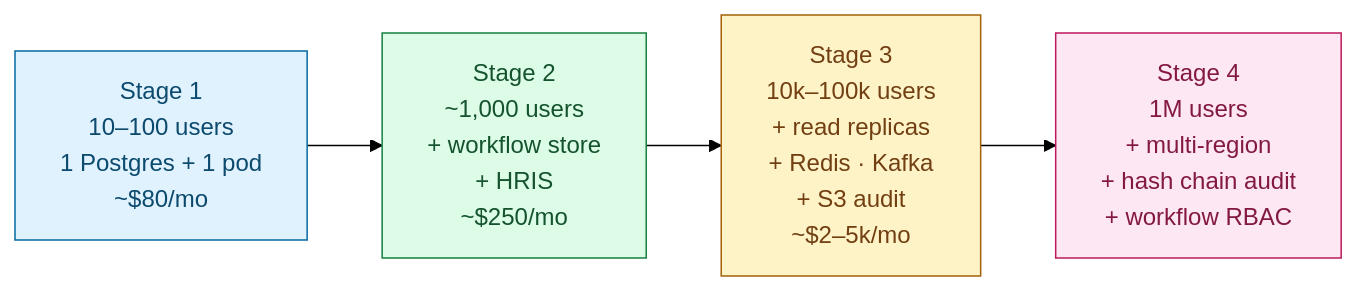
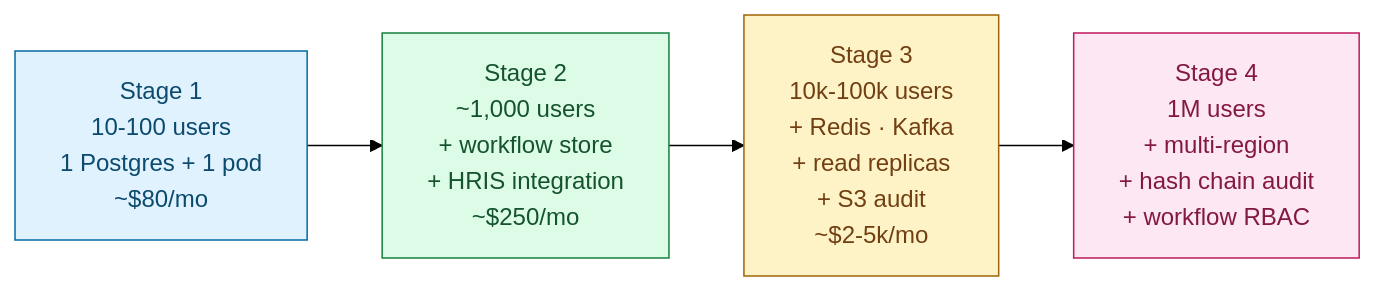
One commit to shiningflash/system-design changed the fifth of 5 diagrams in problems/011-approval-management/solution.md. Above: the diagram before and after it, drawn with Mermaid (forest theme). The commit also changed other lines of this file and 37 other files, not shown here.

````diff
--- a/problems/011-approval-management/solution.md
+++ b/problems/011-approval-management/solution.md
@@ -409,14 +407,14 @@
 ```mermaid
 flowchart LR
-    S1["Stage 1<br/>10–100 users<br/>1 Postgres + 1 pod<br/>~$80/mo"]:::s1
-    S2["Stage 2<br/>~1,000 users<br/>+ workflow store<br/>+ HRIS<br/>~$250/mo"]:::s2
-    S3["Stage 3<br/>10k–100k users<br/>+ read replicas<br/>+ Redis · Kafka<br/>+ S3 audit<br/>~$2–5k/mo"]:::s3
+    S1["Stage 1<br/>10-100 users<br/>1 Postgres + 1 pod<br/>~$80/mo"]:::s1
+    S2["Stage 2<br/>~1,000 users<br/>+ workflow store<br/>+ HRIS integration<br/>~$250/mo"]:::s2
+    S3["Stage 3<br/>10k-100k users<br/>+ Redis · Kafka<br/>+ read replicas<br/>+ S3 audit<br/>~$2-5k/mo"]:::s3
     S4["Stage 4<br/>1M users<br/>+ multi-region<br/>+ hash chain audit<br/>+ workflow RBAC"]:::s4
 
     S1 --> S2 --> S3 --> S4
 
     classDef s1 fill:#e0f2fe,stroke:#0369a1,color:#0c4a6e
     classDef s2 fill:#dcfce7,stroke:#15803d,color:#14532d
     classDef s3 fill:#fef3c7,stroke:#a16207,color:#713f12
     classDef s4 fill:#fce7f3,stroke:#be185d,color:#831843
 ```
````
